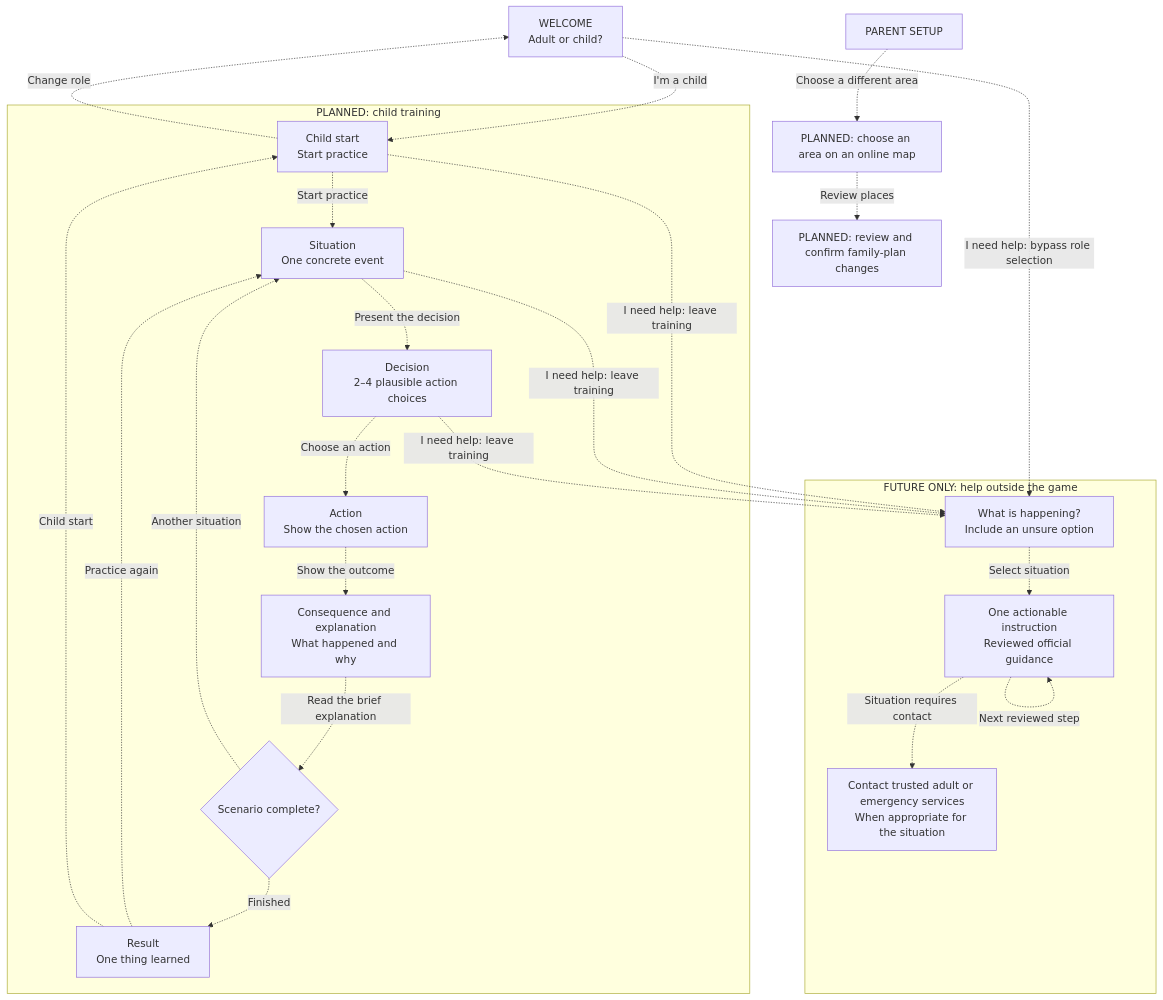
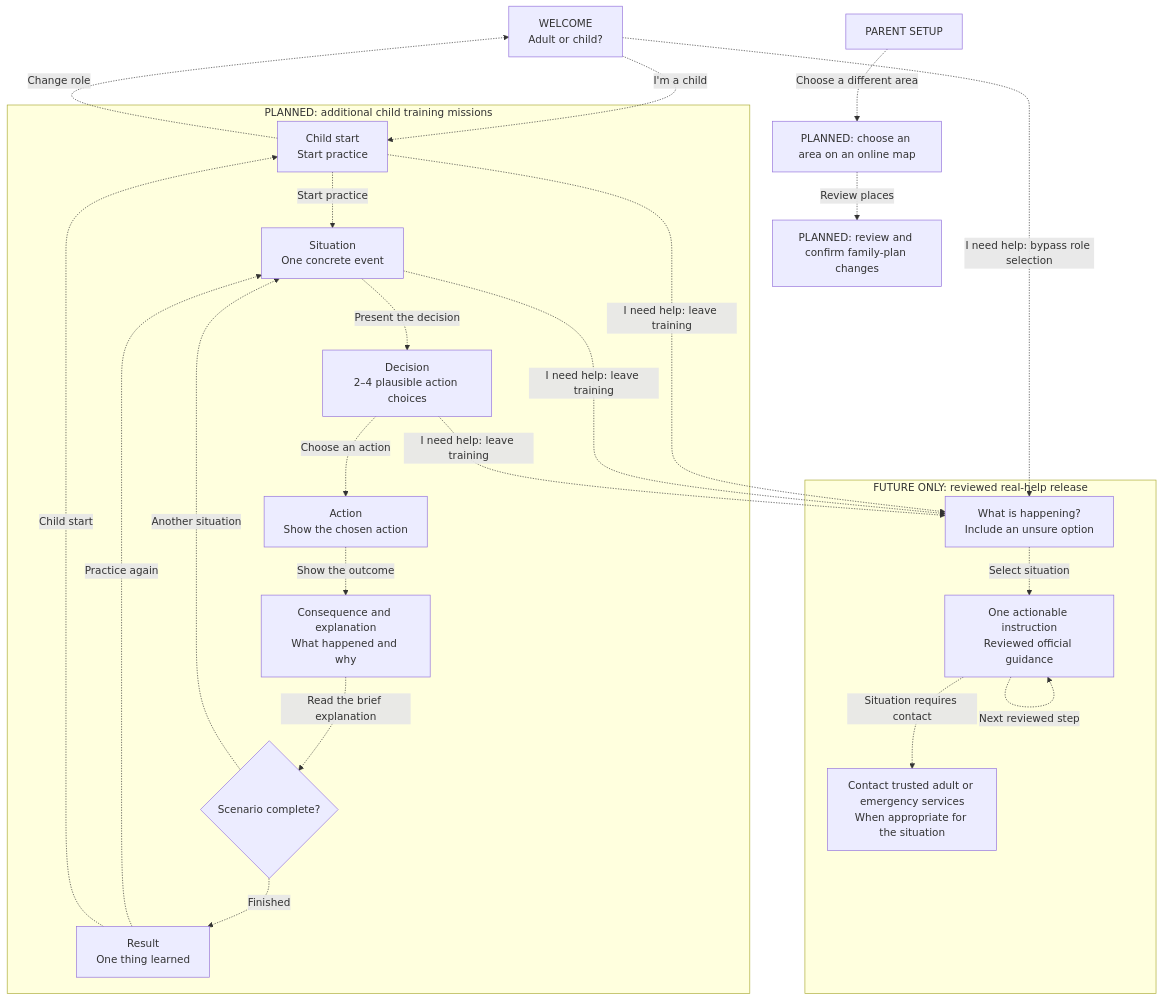
The second of 2 diagrams in docs/SCREEN_FLOW.md (Mighty683/hackyeah), drawn with Mermaid before and after one commit. The commit also changed other lines of this file and 32 other files, not shown here.

First line of the commit message:
feat(mobile): integrate emergency help and air-raid training

````diff
--- a/docs/SCREEN_FLOW.md
+++ b/docs/SCREEN_FLOW.md
@@ -116,44 +175,44 @@
 ```mermaid
 flowchart TD
     W["WELCOME<br/>Adult or child?"]
     A["PARENT SETUP"]
     MAP["PLANNED: choose an area on an online map"]
     V["PLANNED: review and confirm family-plan changes"]
 
-    subgraph CHILD["PLANNED: child training"]
+    subgraph CHILD["PLANNED: additional child training missions"]
         H["Child start<br/>Start practice"]
         T["Situation<br/>One concrete event"]
         D["Decision<br/>2–4 plausible action choices"]
         X["Action<br/>Show the chosen action"]
         F["Consequence and explanation<br/>What happened and why"]
         N{"Scenario complete?"}
         R["Result<br/>One thing learned"]
     end
 
-    subgraph HELP["FUTURE ONLY: help outside the game"]
+    subgraph HELP["FUTURE ONLY: reviewed real-help release"]
         Q["What is happening?<br/>Include an unsure option"]
         O["One actionable instruction<br/>Reviewed official guidance"]
         K["Contact trusted adult or emergency services<br/>When appropriate for the situation"]
     end
 
     A -.->|Choose a different area| MAP
     MAP -.->|Review places| V
     W -.->|I'm a child| H
     H -.->|Start practice| T
     T -.->|Present the decision| D
     D -.->|Choose an action| X
     X -.->|Show the outcome| F
     F -.->|Read the brief explanation| N
     N -.->|Another situation| T
     N -.->|Finished| R
     R -.->|Practice again| T
     R -.->|Child start| H
     H -.->|Change role| W
     W -.->|I need help: bypass role selection| Q
     H -.->|I need help: leave training| Q
     T -.->|I need help: leave training| Q
     D -.->|I need help: leave training| Q
     Q -.->|Select situation| O
     O -.->|Situation requires contact| K
     O -.->|Next reviewed step| O
 ```
````
